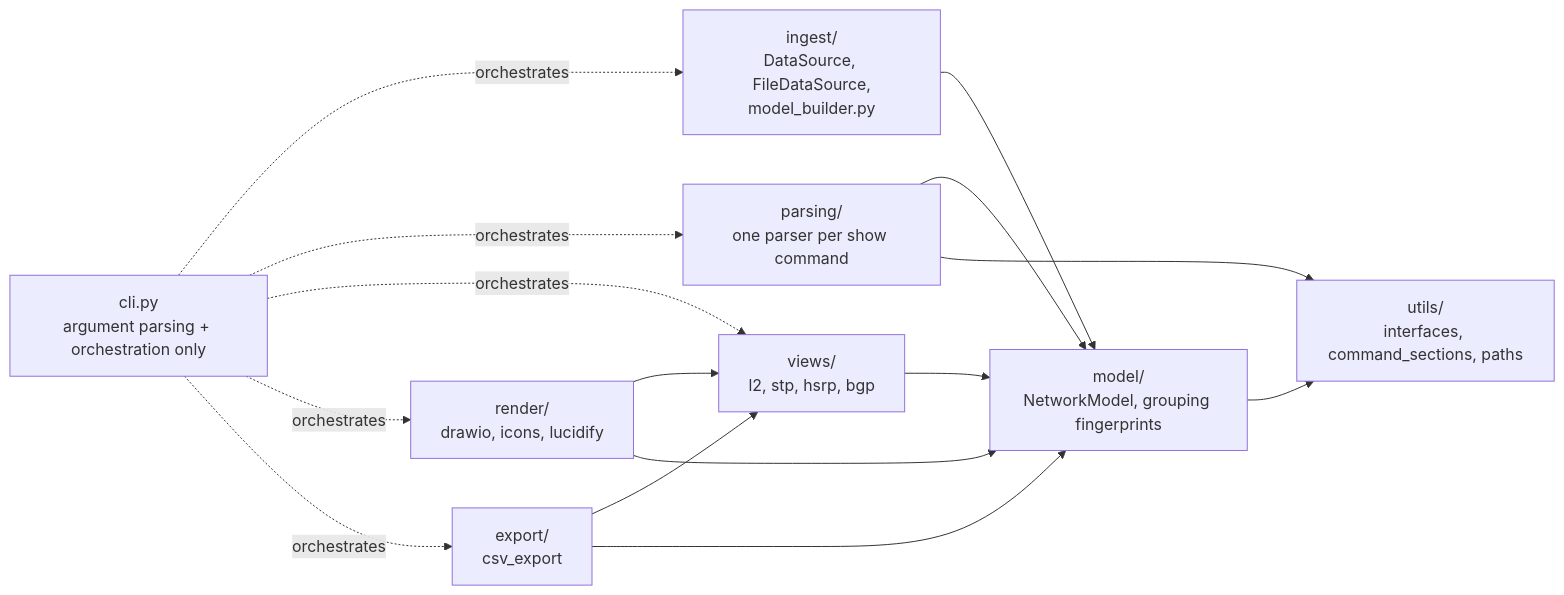
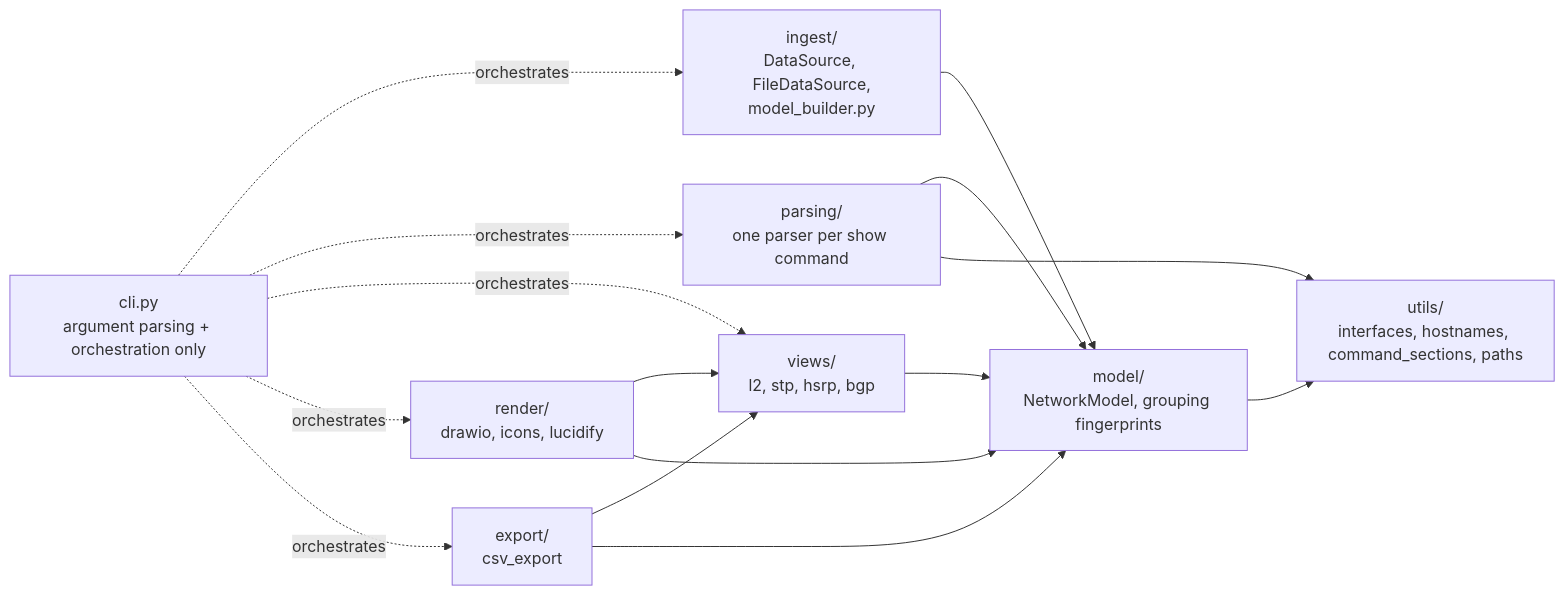
One commit to isrferna/nettopo changed the first of 5 diagrams in docs/architecture.md. Above: the diagram before and after it, drawn with Mermaid. The commit also changed other lines of this file and 20 other files, not shown here.

````diff
--- a/docs/architecture.md
+++ b/docs/architecture.md
@@ -30,17 +30,17 @@
 ```mermaid
 flowchart LR
     ingest["ingest/<br/>DataSource, FileDataSource,<br/>model_builder.py"] --> model["model/<br/>NetworkModel, grouping fingerprints"]
     parsing["parsing/<br/>one parser per show command"] --> model
     views["views/<br/>l2, stp, hsrp, bgp"] --> model
     render["render/<br/>drawio, icons, lucidify"] --> views
     render --> model
     export["export/<br/>csv_export"] --> views
     export --> model
-    model --> utils["utils/<br/>interfaces, command_sections, paths"]
+    model --> utils["utils/<br/>interfaces, hostnames, command_sections, paths"]
     parsing --> utils
     cli["cli.py<br/>argument parsing + orchestration only"] -. orchestrates .-> ingest
     cli -. orchestrates .-> parsing
     cli -. orchestrates .-> views
     cli -. orchestrates .-> render
     cli -. orchestrates .-> export
 ```
````
